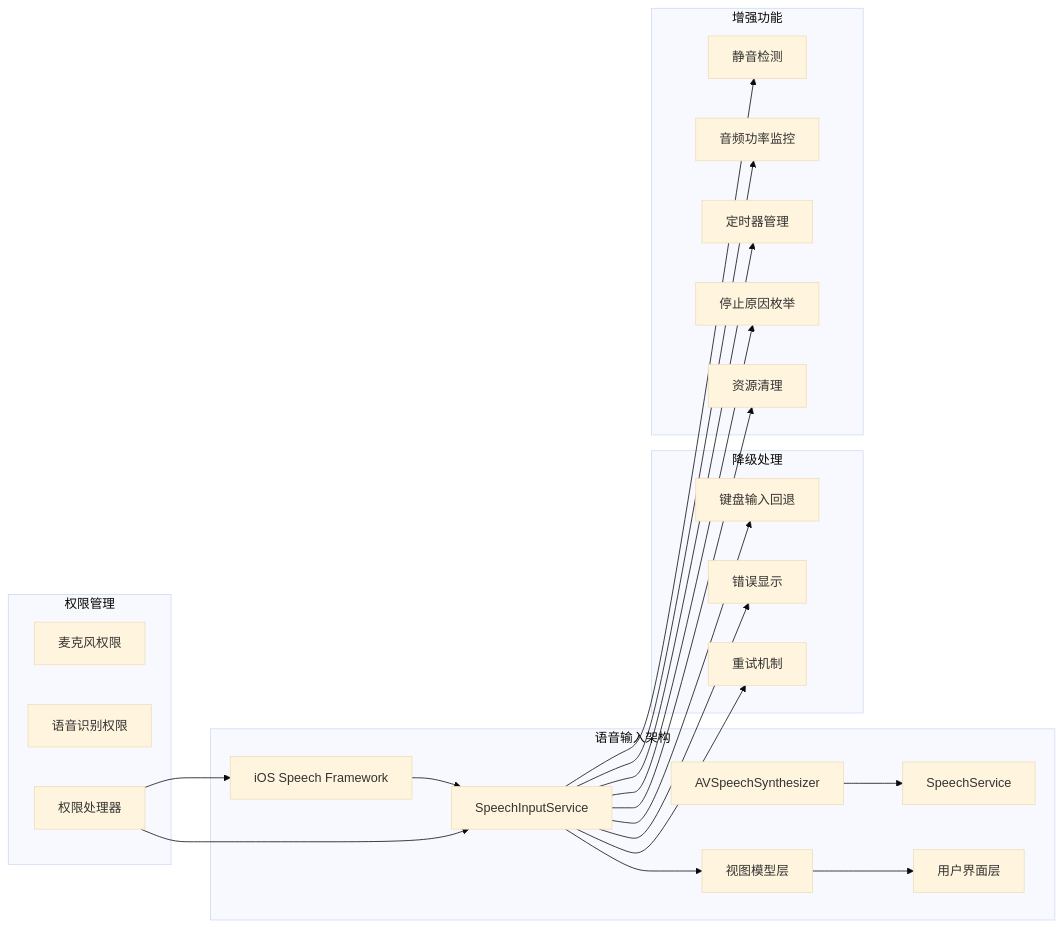
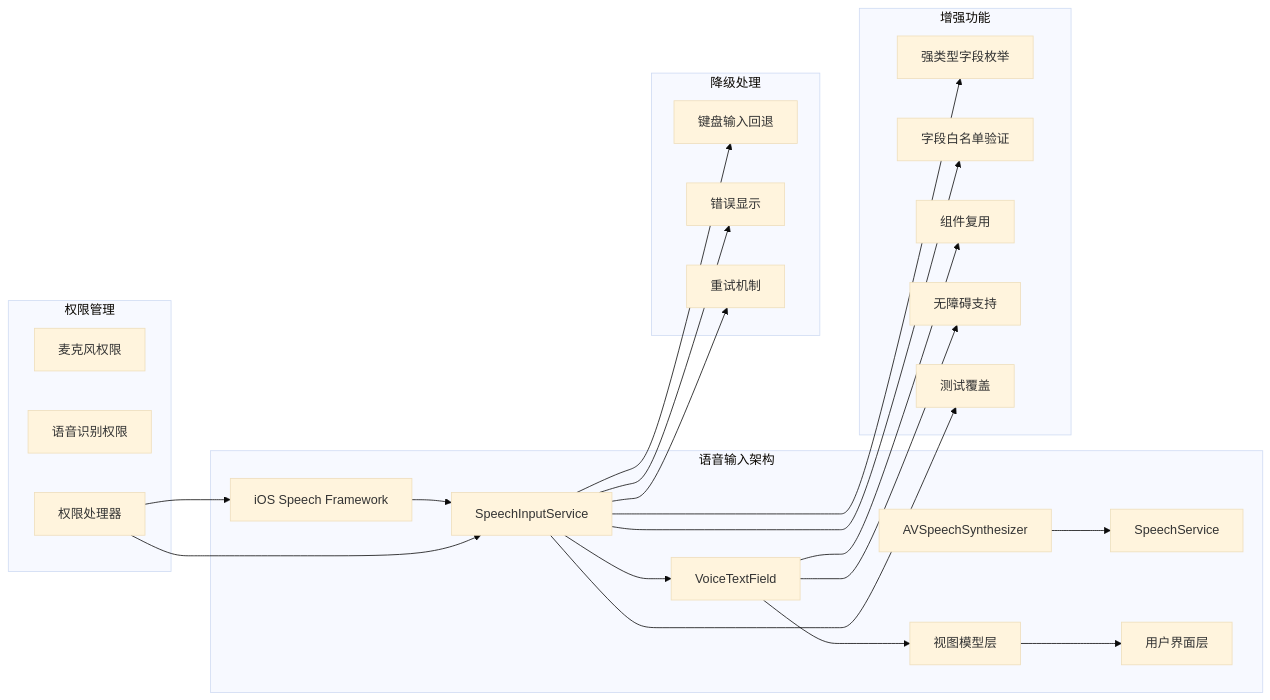
One commit to Jayden23018/blind-run-ios changed the third of 13 diagrams in .qoder/repowiki/zh/content/开发指南/编码规范与最佳实践/无障碍开发规范/语音输入集成.md. Above: the diagram before and after it, drawn with Mermaid (base theme). The commit also changed other lines of this file and 5 other files, not shown here.

````diff
--- a/.qoder/repowiki/zh/content/开发指南/编码规范与最佳实践/无障碍开发规范/语音输入集成.md
+++ b/.qoder/repowiki/zh/content/开发指南/编码规范与最佳实践/无障碍开发规范/语音输入集成.md
@@ -123,42 +171,44 @@
 ```mermaid
 graph LR
 subgraph "语音输入架构"
 SpeechFramework[iOS Speech Framework]
 AVSpeechSynthesizer[AVSpeechSynthesizer]
 SpeechInputService[SpeechInputService]
 SpeechService[SpeechService]
+VoiceTextField[VoiceTextField]
 ViewModel[视图模型层]
 UI[用户界面层]
 end
 subgraph "权限管理"
 MicrophonePermission[麦克风权限]
 SpeechPermission[语音识别权限]
 PermissionHandler[权限处理器]
 end
 subgraph "降级处理"
 KeyboardFallback[键盘输入回退]
 ErrorDisplay[错误显示]
 RetryMechanism[重试机制]
 end
 subgraph "增强功能"
-SilenceDetection[静音检测]
-AudioPower[音频功率监控]
-TimerManagement[定时器管理]
-StopReasonEnum[停止原因枚举]
-ResourceCleanup[资源清理]
+StrongTypedFields[强类型字段枚举]
+AllowlistValidation[字段白名单验证]
+ComponentReuse[组件复用]
+AccessibilitySupport[无障碍支持]
+TestCoverage[测试覆盖]
 end
 SpeechFramework --> SpeechInputService
 AVSpeechSynthesizer --> SpeechService
-SpeechInputService --> ViewModel
+SpeechInputService --> VoiceTextField
+VoiceTextField --> ViewModel
 ViewModel --> UI
 PermissionHandler --> SpeechFramework
 PermissionHandler --> SpeechInputService
 SpeechInputService --> KeyboardFallback
 SpeechInputService --> ErrorDisplay
 SpeechInputService --> RetryMechanism
-SpeechInputService --> SilenceDetection
-SpeechInputService --> AudioPower
-SpeechInputService --> TimerManagement
-SpeechInputService --> StopReasonEnum
-SpeechInputService --> ResourceCleanup
+SpeechInputService --> StrongTypedFields
+SpeechInputService --> AllowlistValidation
+VoiceTextField --> ComponentReuse
+VoiceTextField --> AccessibilitySupport
+SpeechInputService --> TestCoverage
 ```
````
